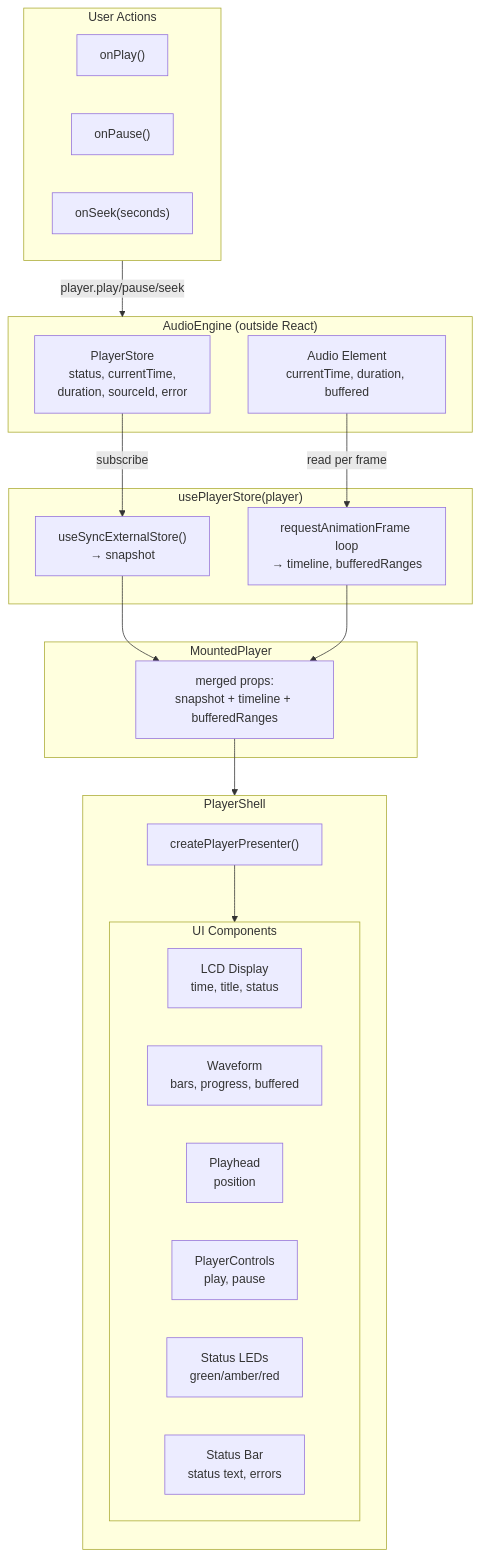
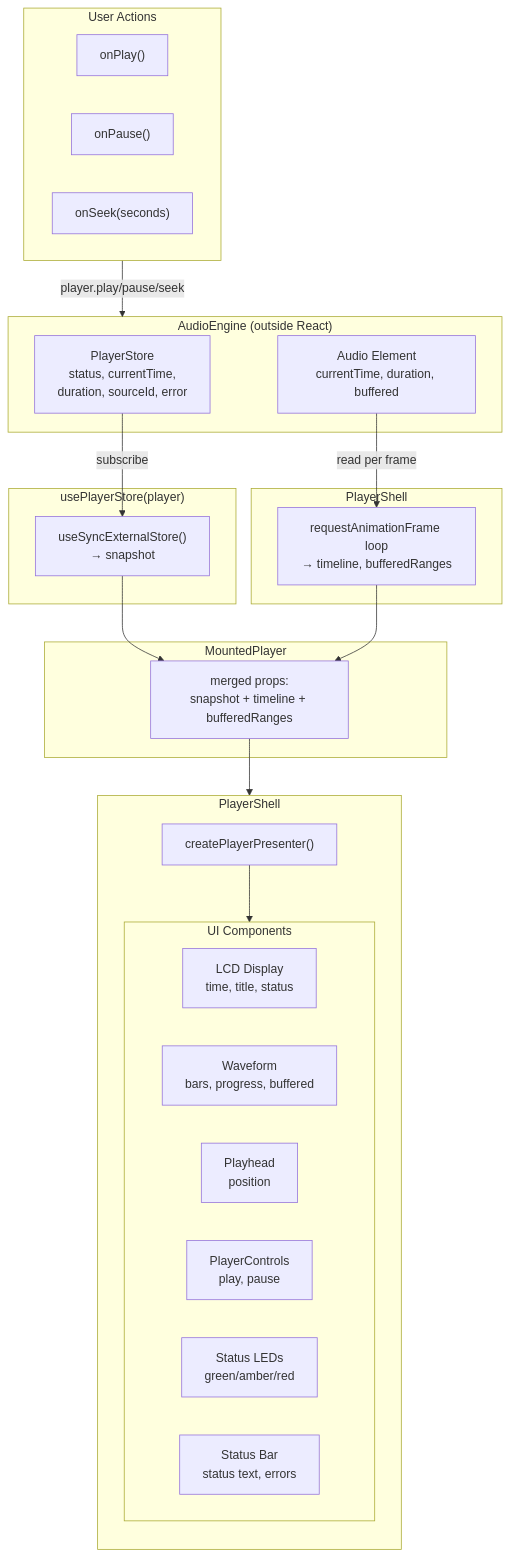
One commit to kalynbeach/kkb changed the fourth of 5 diagrams in docs/diagrams/2026-03-10-web-audio-player-flows.md. Above: the diagram before and after it, drawn with Mermaid. The commit also changed 18 other files, not shown here.

````diff
--- a/docs/diagrams/2026-03-10-web-audio-player-flows.md
+++ b/docs/diagrams/2026-03-10-web-audio-player-flows.md
@@ -135,43 +135,46 @@
 ```mermaid
 flowchart TB
     subgraph Engine["AudioEngine (outside React)"]
         Store["PlayerStore<br/>status, currentTime,<br/>duration, sourceId, error"]
         AE["Audio Element<br/>currentTime, duration, buffered"]
     end
 
     subgraph Hook["usePlayerStore(player)"]
         USES["useSyncExternalStore()<br/>→ snapshot"]
+    end
+
+    subgraph ShellLoop["PlayerShell"]
         RAF["requestAnimationFrame loop<br/>→ timeline, bufferedRanges"]
     end
 
     subgraph Client["MountedPlayer"]
         Props["merged props:<br/>snapshot + timeline + bufferedRanges"]
     end
 
     subgraph Shell["PlayerShell"]
         direction TB
         P["createPlayerPresenter()"]
         subgraph Views["UI Components"]
             LCD["LCD Display<br/>time, title, status"]
             WF["Waveform<br/>bars, progress, buffered"]
             PH["Playhead<br/>position"]
             CTL["PlayerControls<br/>play, pause"]
             LED["Status LEDs<br/>green/amber/red"]
             SB["Status Bar<br/>status text, errors"]
         end
         P --> Views
     end
 
     subgraph Actions["User Actions"]
         Play["onPlay()"]
         Pause["onPause()"]
         Seek["onSeek(seconds)"]
     end
 
     Store -->|"subscribe"| USES
     AE -->|"read per frame"| RAF
     USES --> Props
     RAF --> Props
     Props --> Shell
     Actions -->|"player.play/pause/seek"| Engine
 ```
````
